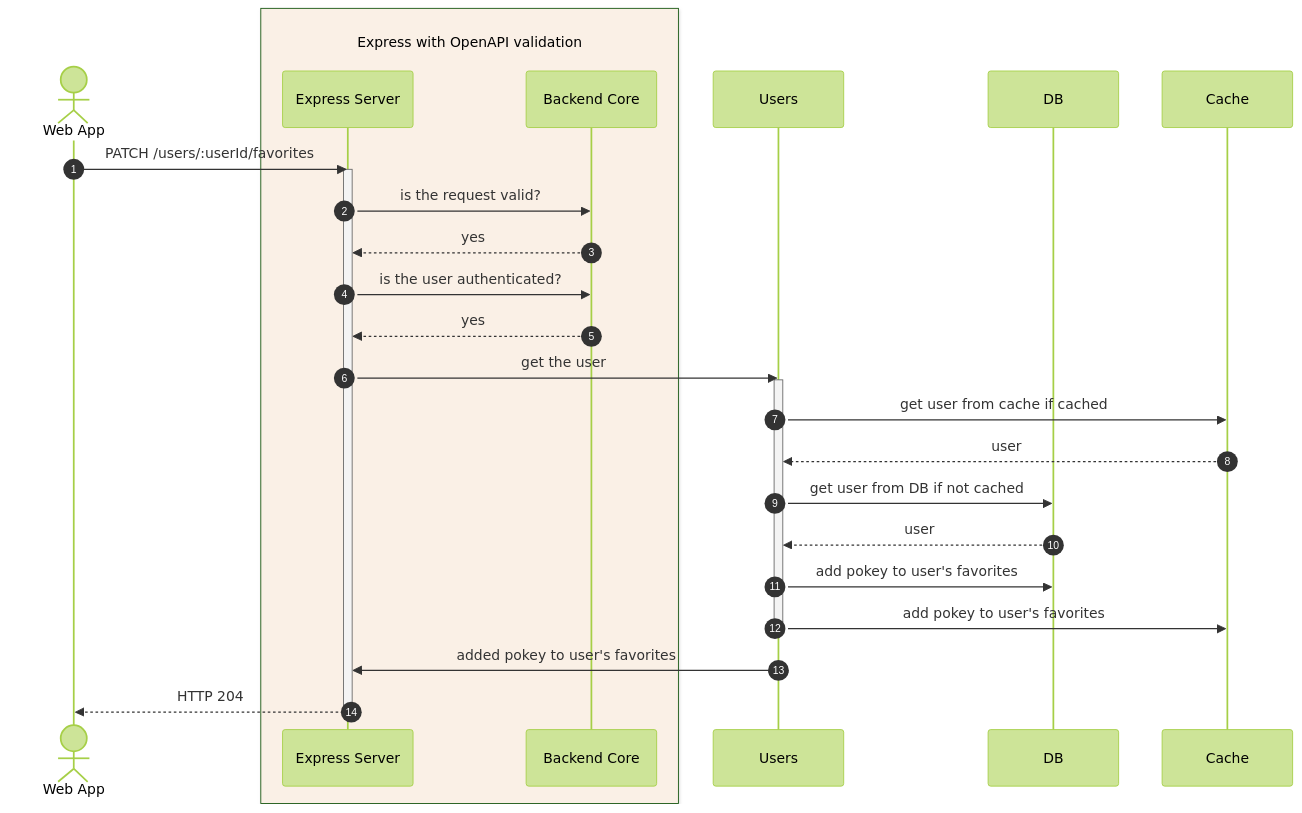
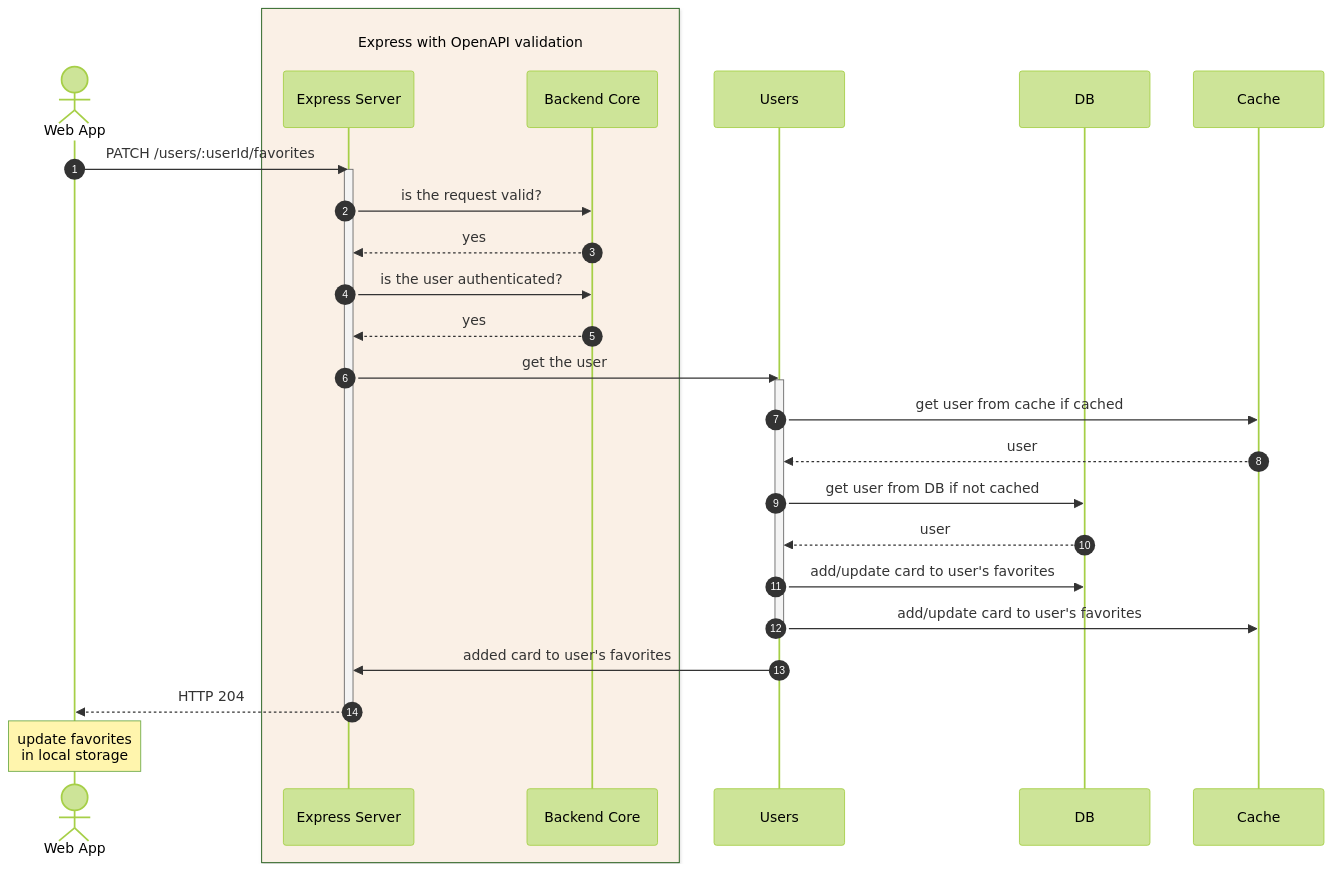
Before and after one commit to mvpchops/trading-cards: the third of 3 diagrams in README.md, drawn with Mermaid (forest theme). The commit also changed other lines of this file, not shown here.

````diff
--- a/README.md
+++ b/README.md
@@ -142,31 +142,32 @@
 ```mermaid
 sequenceDiagram
     autonumber
     actor WepApp as Web App
     box linen <br> Express with OpenAPI validation <br>
         participant Server as Express Server
         participant BackendCore as Backend Core
     end
     participant Users
     participant PostgreSQL as DB
     participant Redis as Cache
     
     WepApp->>Server: PATCH /users/:userId/favorites
     activate Server
         Server->>BackendCore: is the request valid?
         BackendCore-->>Server: yes #128A0C
         Server->>BackendCore: is the user authenticated?
         BackendCore-->>Server: yes #128A0C
         Server->>Users: get the user
         activate Users
             Users->>Redis: get user from cache if cached
             Redis-->>Users: user
             Users->>PostgreSQL: get user from DB if not cached
             PostgreSQL-->>Users: user
-            Users->>PostgreSQL: add pokey to user's favorites
-            Users->>Redis: add pokey to user's favorites
+            Users->>PostgreSQL: add/update card to user's favorites
+            Users->>Redis: add/update card to user's favorites
         deactivate Users
-        Users->>Server: added pokey to user's favorites
+        Users->>Server: added card to user's favorites
         Server-->>WepApp: HTTP 204
     deactivate Server
+    Note over WepApp: update favorites <br /> in local storage
 ```  
````
